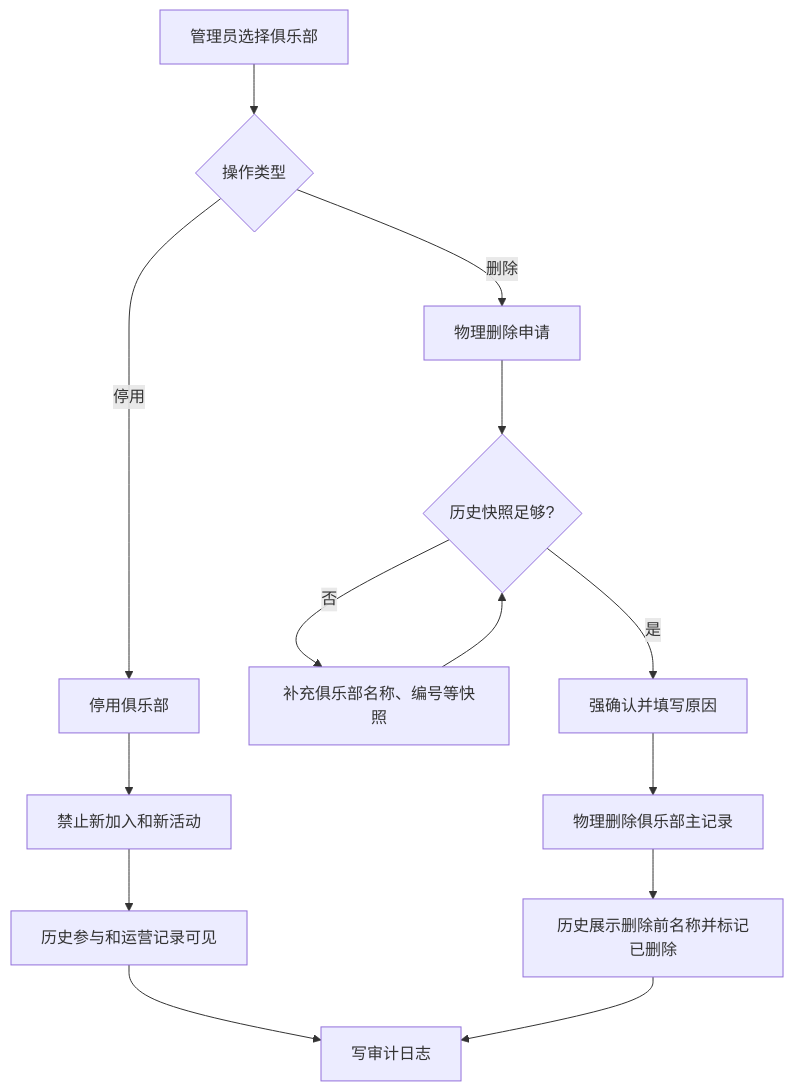
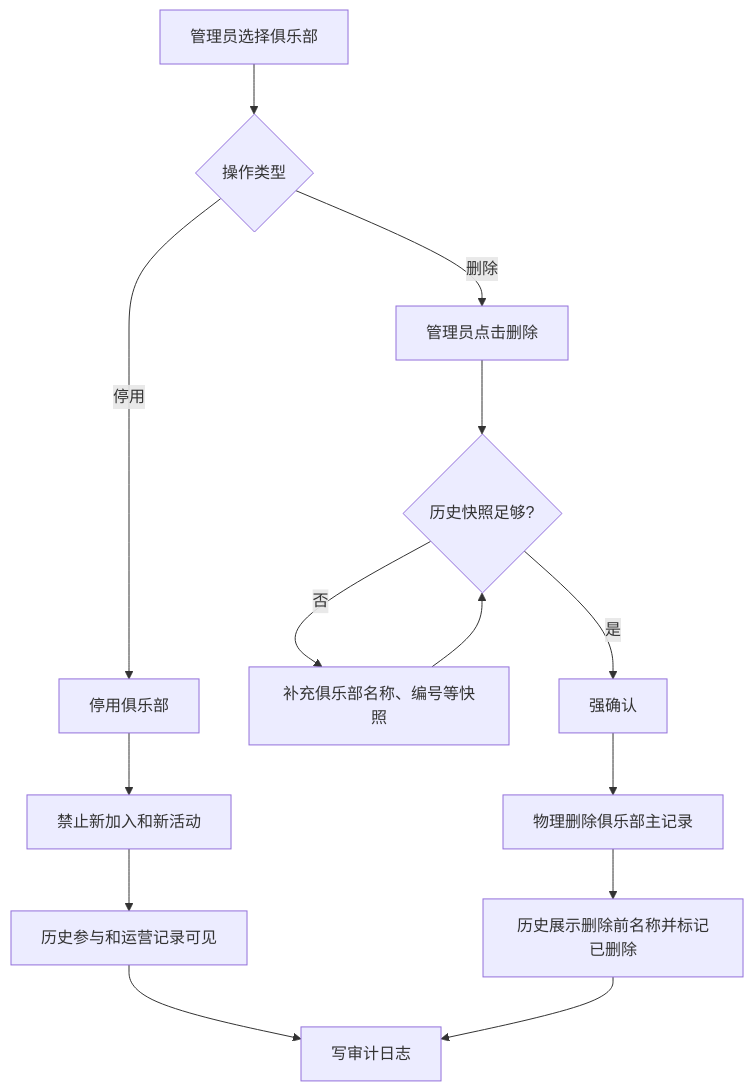
Before and after one commit to KianaMei/points: the fifth of 41 diagrams in docs/club-points-flow-design.md, drawn with Mermaid. The commit also changed other lines of this file and 2661 other files, not shown here.

````diff
--- a/docs/club-points-flow-design.md
+++ b/docs/club-points-flow-design.md
@@ -150,24 +129,24 @@
 ```mermaid
 flowchart TD
-    accTitle: Club Disable Delete Flow
-    accDescr: Club disable blocks future operations while physical deletion requires snapshots so historical reports and audit remain readable.
+    accTitle: 俱乐部停用删除流程
+    accDescr: 展示俱乐部停用会阻断后续运营，物理删除前必须生成快照以保证历史报表和审计可读。
 
     admin_action["管理员选择俱乐部"]
     action_type{"操作类型"}
     disable["停用俱乐部"]
     block_join["禁止新加入和新活动"]
     keep_history["历史参与和运营记录可见"]
-    delete_request["物理删除申请"]
+    delete_request["管理员点击删除"]
     snapshot_check{"历史快照足够?"}
     write_snapshot["补充俱乐部名称、编号等快照"]
-    strong_confirm["强确认并填写原因"]
+    strong_confirm["强确认"]
     physical_delete["物理删除俱乐部主记录"]
     deleted_view["历史展示删除前名称并标记已删除"]
     audit["写审计日志"]
 
     admin_action --> action_type
     action_type -->|"停用"| disable --> block_join --> keep_history --> audit
     action_type -->|"删除"| delete_request --> snapshot_check
     snapshot_check -->|"否"| write_snapshot --> snapshot_check
     snapshot_check -->|"是"| strong_confirm --> physical_delete --> deleted_view --> audit
 ```
````
